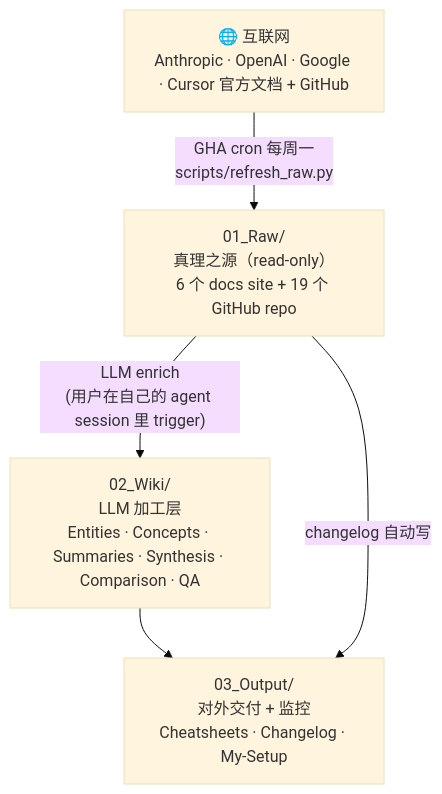
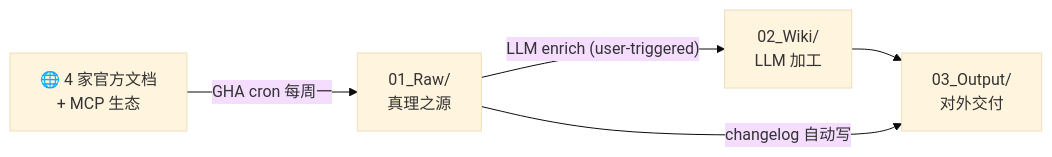
The diagram in README.md (NickCollect/ai-coding-runbook), drawn with Mermaid (base theme) before and after one commit. The commit also changed other lines of this file and 5 other files, not shown here.

First line of the commit message:
docs: split README into landing + docs/ (ARCHITECTURE / INGEST_WORKFLOW / MAINTENANCE)

````diff
--- a/README.md
+++ b/README.md
@@ -154,12 +157,12 @@
 ```mermaid
-flowchart TB
-    Internet["🌐 互联网<br/>Anthropic · OpenAI · Google · Cursor 官方文档 + GitHub"]
-    Raw["01_Raw/<br/>真理之源（read-only）<br/>6 个 docs site + 19 个 GitHub repo"]
-    Wiki["02_Wiki/<br/>LLM 加工层<br/>Entities · Concepts · Summaries · Synthesis · Comparison · QA"]
-    Output["03_Output/<br/>对外交付 + 监控<br/>Cheatsheets · Changelog · My-Setup"]
+flowchart LR
+    Internet["🌐 4 家官方文档<br/>+ MCP 生态"]
+    Raw["01_Raw/<br/>真理之源"]
+    Wiki["02_Wiki/<br/>LLM 加工"]
+    Output["03_Output/<br/>对外交付"]
 
-    Internet -->|"GHA cron 每周一<br/>scripts/refresh_raw.py"| Raw
-    Raw -->|"LLM enrich<br/>(用户在自己的 agent session 里 trigger)"| Wiki
+    Internet -->|"GHA cron 每周一"| Raw
+    Raw -->|"LLM enrich (user-triggered)"| Wiki
     Wiki --> Output
     Raw -->|"changelog 自动写"| Output
 ```
````
